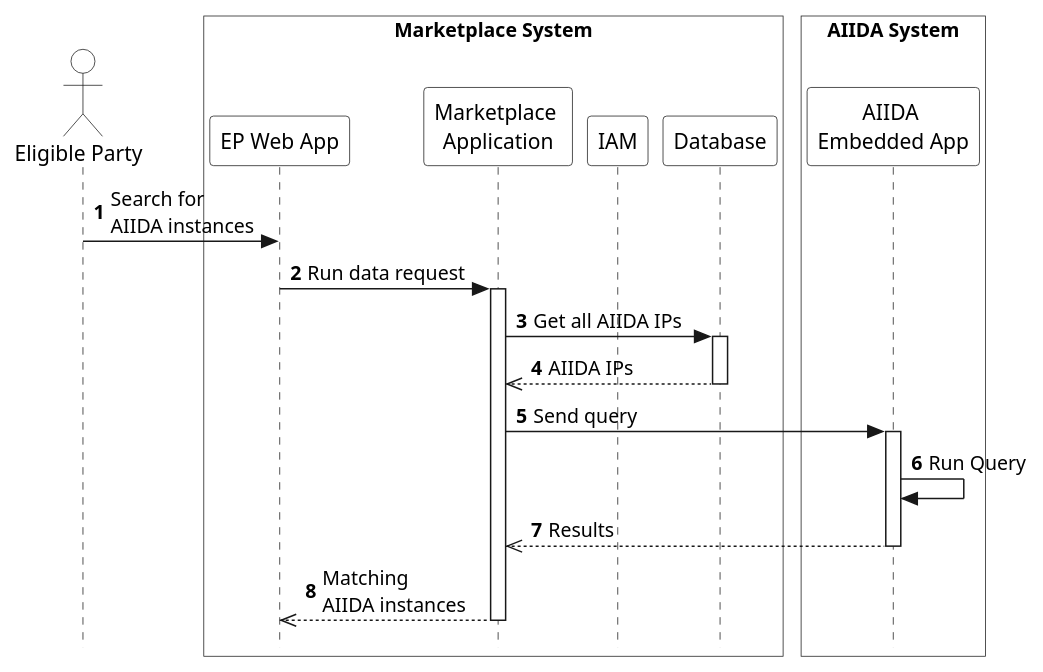
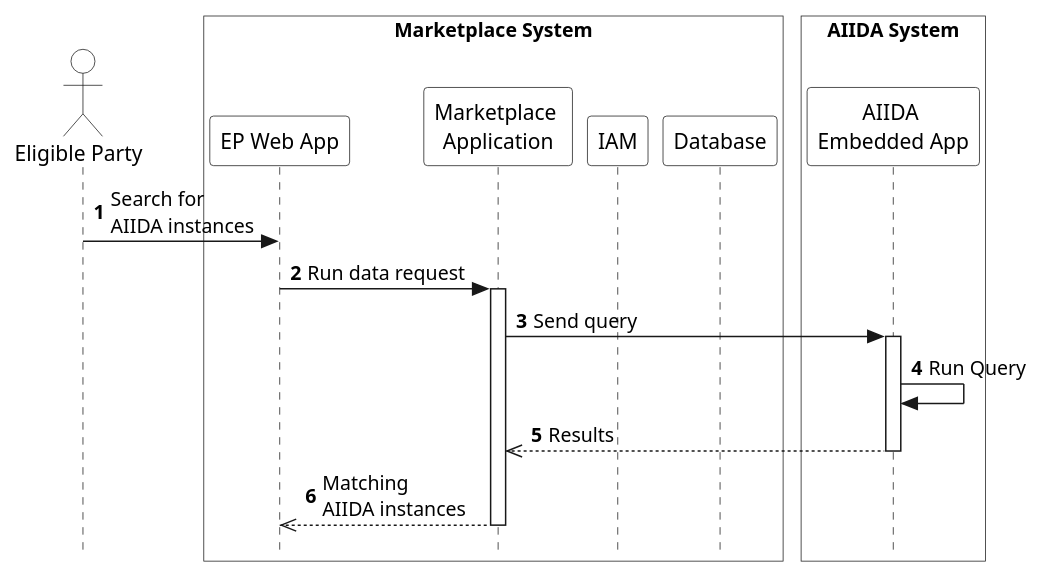
Before and after one commit to eddie-energy/architecture: the diagram in arc42/marketplace/runtime-view/figures/marketplace-check-aiida.puml, drawn with PlantUML. The commit also changed 2 other files, not shown here.

Commit message:
Resolve #104: adjusted Marketplace behaviors

```diff
--- a/arc42/marketplace/runtime-view/figures/marketplace-check-aiida.puml
+++ b/arc42/marketplace/runtime-view/figures/marketplace-check-aiida.puml
@@ -1,44 +1,40 @@
 @startuml marketplace-check-aiida
 
 skinparam style strictuml
 skinparam sequence {
   ParticipantBackgroundColor transparent
   ActorBackgroundColor transparent
 }
 
 autonumber
 !pragma teoz true
 
 actor "Eligible Party" as ep
 box "Marketplace System" #transparent
   participant "EP Web App" as app
   participant "Marketplace \nApplication" as marketplace
   participant "IAM" as iam
   participant "Database" as database
 end box
 
 box "AIIDA System" #transparent
   participant "AIIDA \nEmbedded App" as aiida
 end box
 
 ep -> app : Search for \nAIIDA instances
 app -> marketplace : Run data request
 activate marketplace
-marketplace -> database : Get all AIIDA IPs
-activate database
-database -->> marketplace : AIIDA IPs
-deactivate database
 marketplace -> aiida : Send query
 activate aiida
 aiida -> aiida : Run Query
 aiida -->> marketplace : Results
 deactivate aiida
 marketplace -->> app : Matching \nAIIDA instances
 deactivate marketplace
 
 
 
 
 
 
 @enduml
```
